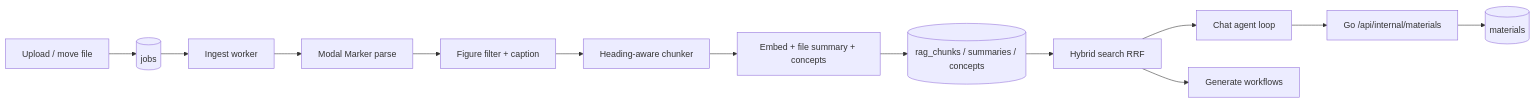
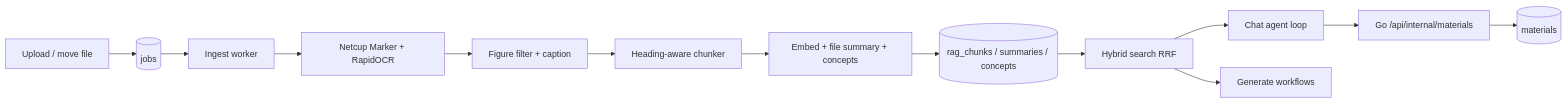
Before and after one commit to samyung0/capy-notebook: the diagram in openwiki/agentic-retrieval.md, drawn with Mermaid. The commit also changed other lines of this file and 53 other files, not shown here.

````diff
--- a/openwiki/agentic-retrieval.md
+++ b/openwiki/agentic-retrieval.md
@@ -36,15 +38,15 @@
 ```mermaid
 flowchart LR
   Upload[Upload / move file] --> Jobs[(jobs)]
   Jobs --> Worker[Ingest worker]
-  Worker --> Parse[Modal Marker parse]
+  Worker --> Parse[Netcup Marker + RapidOCR]
   Parse --> Caption[Figure filter + caption]
   Caption --> Chunk[Heading-aware chunker]
   Chunk --> Index[Embed + file summary + concepts]
   Index --> Store[(rag_chunks / summaries / concepts)]
   Store --> Search[Hybrid search RRF]
   Search --> Agent[Chat agent loop]
   Search --> Workflows[Generate workflows]
   Agent --> Gateway[Go /api/internal/materials]
   Gateway --> Materials[(materials)]
 ```
````
